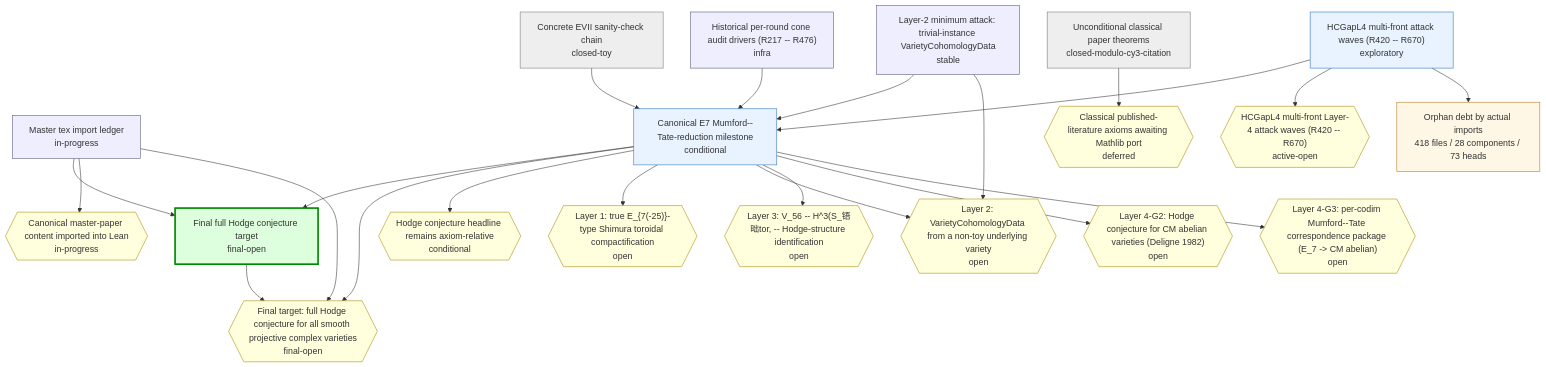
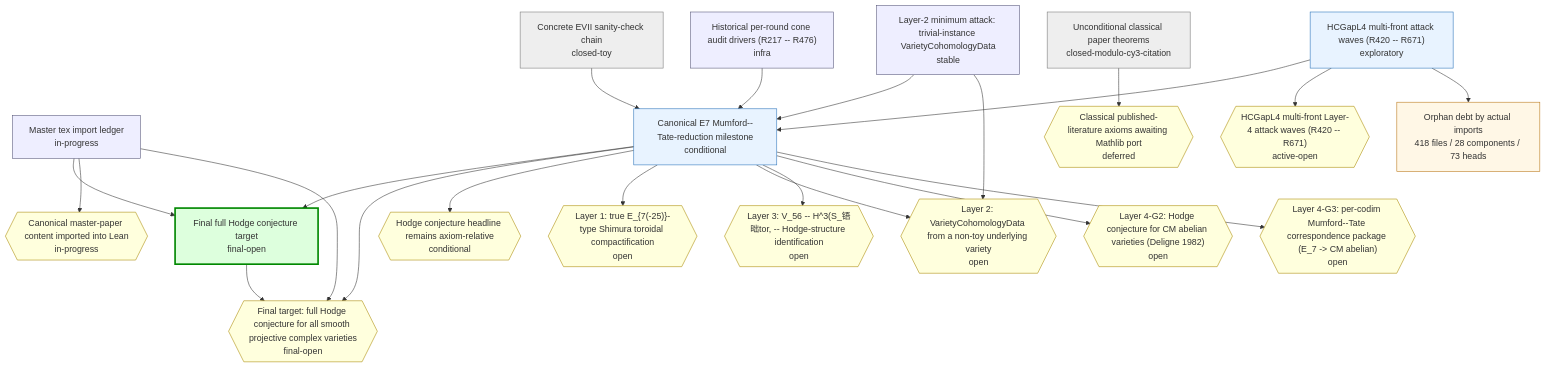
Before and after one commit to crabsatellite/hodge-conjecture-lean4-formalization: the first of 2 diagrams in chain-status/research-map.md, drawn with Mermaid. The commit also changed other lines of this file and 8 other files, not shown here.

````diff
--- a/chain-status/research-map.md
+++ b/chain-status/research-map.md
@@ -46,54 +46,54 @@
 ```mermaid
 graph TD
   classDef main fill:#dfd,stroke:#080,stroke-width:3px
   classDef active fill:#e8f3ff,stroke:#2670b8
   classDef support fill:#eef,stroke:#557
   classDef closed fill:#eee,stroke:#777
   classDef dead fill:#fdd,stroke:#a00,stroke-width:2px
   classDef gapOpen fill:#ffd,stroke:#a80
   classDef gapClosed fill:#eee,stroke:#777
   classDef gapDead fill:#fdd,stroke:#a00
   classDef debt fill:#fff7e6,stroke:#b87514
   classDef debtTaxonomy fill:#e8f3ff,stroke:#2670b8,stroke-dasharray:3 3
   classDef debtRule fill:#eefbea,stroke:#398439,stroke-dasharray:3 3
   classDef debtDead fill:#fdd,stroke:#a00,stroke-dasharray:3 3
   chain_full_hc_final_target["Final full Hodge conjecture target\nfinal-open"]:::main
   chain_master_paper_import_ledger["Master tex import ledger\nin-progress"]:::support
   chain_main_hc_axiom_relative["Canonical E7 Mumford--Tate-reduction milestone\nconditional"]:::active
   chain_unconditional_classical["Unconditional classical paper theorems\nclosed-modulo-cy3-citation"]:::closed
   chain_hcgap_l2_trivial_instances["Layer-2 minimum attack: trivial-instance VarietyCohomologyData\nstable"]:::support
-  chain_hcgap_l4_multifront_active["HCGapL4 multi-front attack waves (R420 -- R670)\nexploratory"]:::active
+  chain_hcgap_l4_multifront_active["HCGapL4 multi-front attack waves (R420 -- R671)\nexploratory"]:::active
   chain_concrete_evii_toy["Concrete EVII sanity-check chain\nclosed-toy"]:::closed
   chain_historical_cone_audits["Historical per-round cone audit drivers (R217 -- R476)\ninfra"]:::support
   gap_G_full_hc{{"Final target: full Hodge conjecture for all smooth projective complex varieties\nfinal-open"}}:::gapOpen
   gap_G_master_paper_import{{"Canonical master-paper content imported into Lean\nin-progress"}}:::gapOpen
   gap_G_main_hc{{"Hodge conjecture headline remains axiom-relative\nconditional"}}:::gapOpen
   gap_G_l1_e7_shimura_tor{{"Layer 1: true E_{7(-25)}-type Shimura toroidal compactification\nopen"}}:::gapOpen
   gap_G_l2_cohomology_construction{{"Layer 2: VarietyCohomologyData from a non-toy underlying variety\nopen"}}:::gapOpen
   gap_G_l3_v56_mt_identification{{"Layer 3: V_56 -- H^3(S_铻昢tor, -- Hodge-structure identification\nopen"}}:::gapOpen
   gap_G_l4_cm_abelian_hc{{"Layer 4-G2: Hodge conjecture for CM abelian varieties (Deligne 1982)\nopen"}}:::gapOpen
   gap_G_l4_mt_correspondence{{"Layer 4-G3: per-codim Mumford--Tate correspondence package (E_7 -> CM abelian)\nopen"}}:::gapOpen
   gap_G_classical_mathlib_port{{"Classical published-literature axioms awaiting Mathlib port\ndeferred"}}:::gapOpen
-  gap_G_hcgap_l4_multifront{{"HCGapL4 multi-front Layer-4 attack waves (R420 -- R670)\nactive-open"}}:::gapOpen
+  gap_G_hcgap_l4_multifront{{"HCGapL4 multi-front Layer-4 attack waves (R420 -- R671)\nactive-open"}}:::gapOpen
   chain_full_hc_final_target --> gap_G_full_hc
   chain_master_paper_import_ledger --> chain_full_hc_final_target
   chain_master_paper_import_ledger --> gap_G_master_paper_import
   chain_master_paper_import_ledger --> gap_G_full_hc
   chain_main_hc_axiom_relative --> chain_full_hc_final_target
   chain_main_hc_axiom_relative --> gap_G_full_hc
   chain_main_hc_axiom_relative --> gap_G_main_hc
   chain_main_hc_axiom_relative --> gap_G_l1_e7_shimura_tor
   chain_main_hc_axiom_relative --> gap_G_l2_cohomology_construction
   chain_main_hc_axiom_relative --> gap_G_l3_v56_mt_identification
   chain_main_hc_axiom_relative --> gap_G_l4_cm_abelian_hc
   chain_main_hc_axiom_relative --> gap_G_l4_mt_correspondence
   chain_unconditional_classical --> gap_G_classical_mathlib_port
   chain_hcgap_l2_trivial_instances --> chain_main_hc_axiom_relative
   chain_hcgap_l2_trivial_instances --> gap_G_l2_cohomology_construction
   chain_hcgap_l4_multifront_active --> chain_main_hc_axiom_relative
   chain_hcgap_l4_multifront_active --> gap_G_hcgap_l4_multifront
   chain_concrete_evii_toy --> chain_main_hc_axiom_relative
   chain_historical_cone_audits --> chain_main_hc_axiom_relative
   debt_all["Orphan debt by actual imports\n418 files / 28 components / 73 heads"]:::debt
   chain_hcgap_l4_multifront_active --> debt_all
 ```
````
